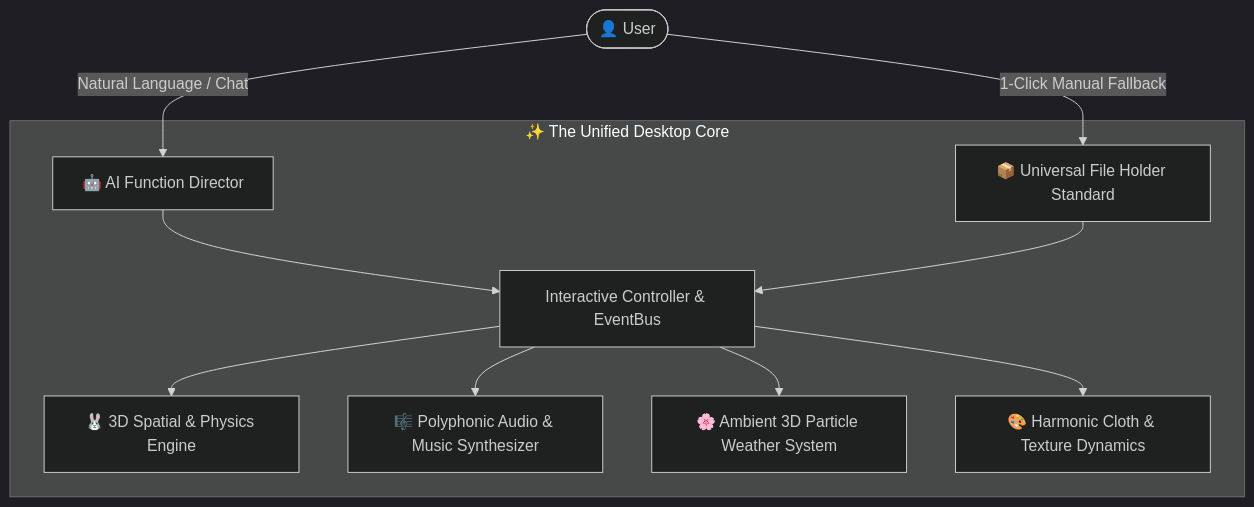
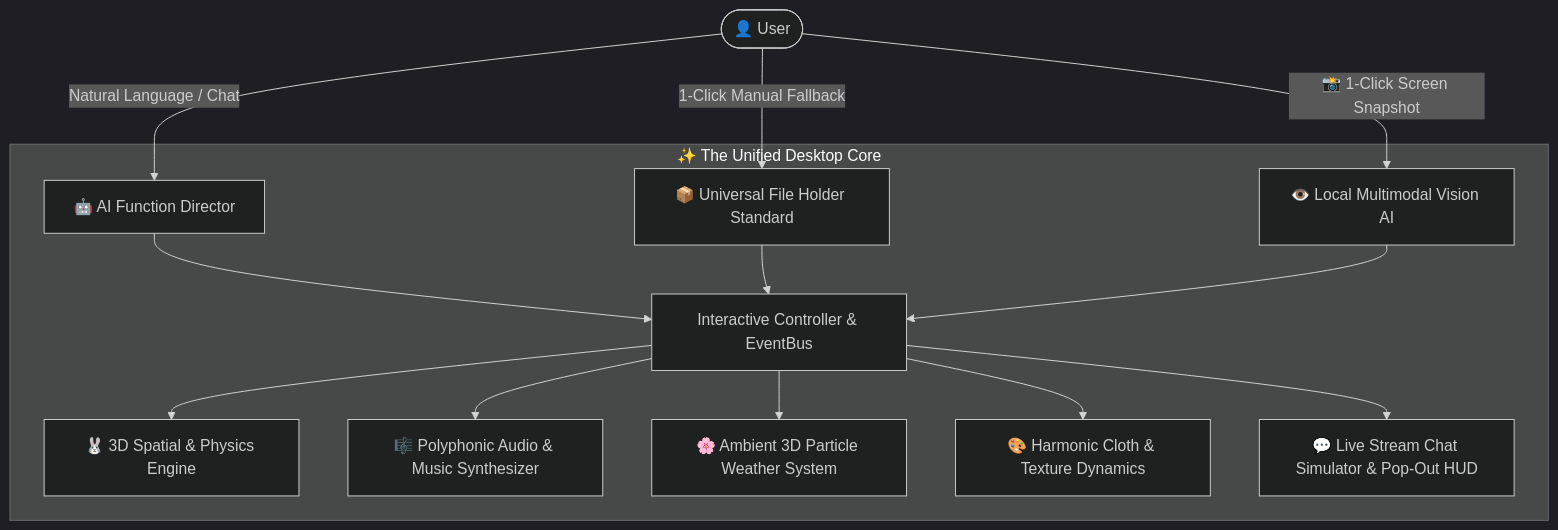
One commit to WeiberNoname/Daysome-Project-T1000-V1 changed the first of 2 diagrams in README.md. Above: the diagram before and after it, drawn with Mermaid (dark theme). The commit also changed other lines of this file and 20 other files, not shown here.

````diff
--- a/README.md
+++ b/README.md
@@ -11,15 +11,18 @@
 ```mermaid
 graph TD
     User([👤 User]) -->|Natural Language / Chat| AI[🤖 AI Function Director]
     User -->|1-Click Manual Fallback| UI[📦 Universal File Holder Standard]
+    User -->|📸 1-Click Screen Snapshot| Vision[👁️ Local Multimodal Vision AI]
     
     subgraph Engine [✨ The Unified Desktop Core]
         AI --> Core[Interactive Controller & EventBus]
         UI --> Core
+        Vision --> Core
         
         Core --> P1[🐰 3D Spatial & Physics Engine]
         Core --> P2[🎼 Polyphonic Audio & Music Synthesizer]
         Core --> P3[🌸 Ambient 3D Particle Weather System]
         Core --> P4[🎨 Harmonic Cloth & Texture Dynamics]
+        Core --> P5[💬 Live Stream Chat Simulator & Pop-Out HUD]
     end
 ```
````
